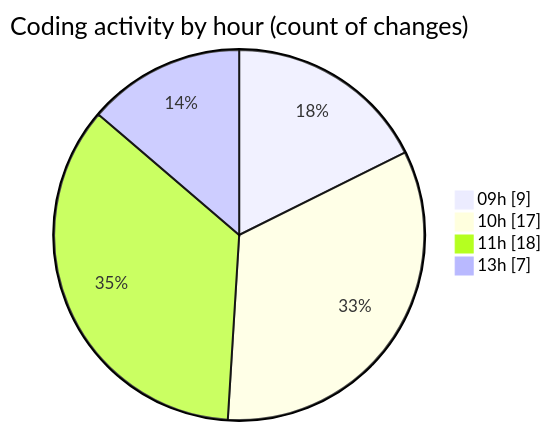
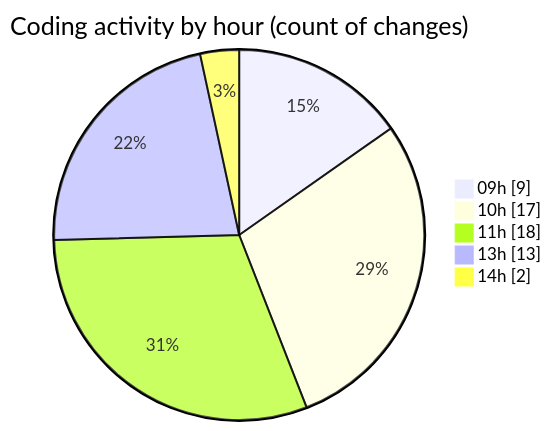
Before and after one commit to momahboobian/code-tracking: the second of 2 diagrams in 2025-05-08/cda/README.md, drawn with Mermaid. The commit also changed other lines of this file and 1 other file, not shown here.

````diff
--- a/2025-05-08/cda/README.md
+++ b/2025-05-08/cda/README.md
@@ -49,8 +49,9 @@
 ```mermaid
 pie showData
 title Coding activity by hour (count of changes)
 "09h" : 9
 "10h" : 17
 "11h" : 18
-"13h" : 7
+"13h" : 13
+"14h" : 2
 ```
````
